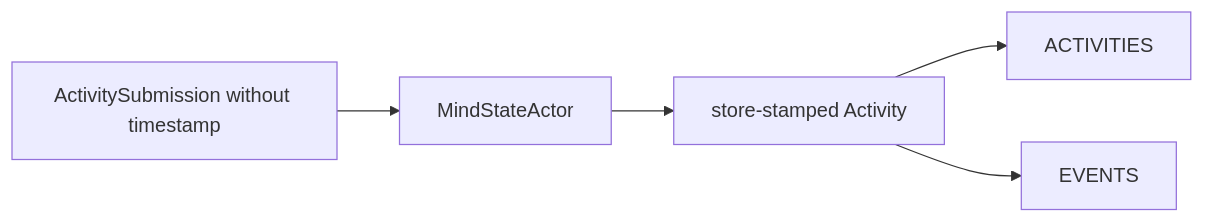
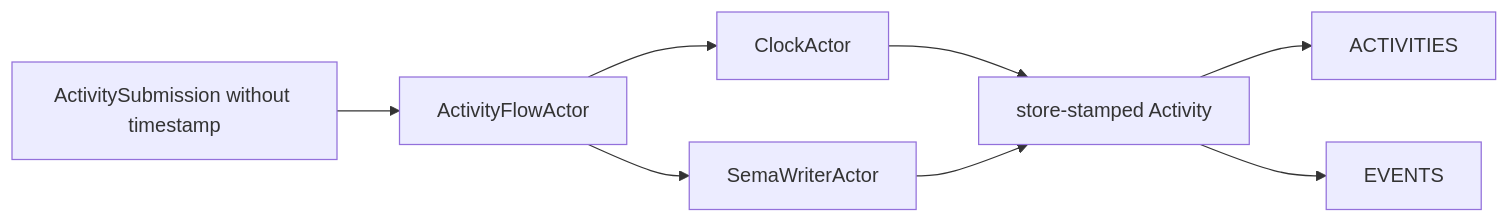
Before and after one commit to LiGoldragon/primary: diagram 17 of 24 in reports/operator/101-persona-mind-full-architecture-proposal.md, drawn with Mermaid. The commit also changed other lines of this file, not shown here.

Commit message:
expand persona-mind actor architecture visuals

````diff
--- a/reports/operator/101-persona-mind-full-architecture-proposal.md
+++ b/reports/operator/101-persona-mind-full-architecture-proposal.md
@@ -268,7 +587,10 @@
 ```mermaid
 flowchart LR
-    submitted["ActivitySubmission without timestamp"] --> state["MindStateActor"]
-    state --> stamped["store-stamped Activity"]
+    submitted["ActivitySubmission without timestamp"] --> flow["ActivityFlowActor"]
+    flow --> clock["ClockActor"]
+    flow --> writer["SemaWriterActor"]
+    clock --> stamped["store-stamped Activity"]
+    writer --> stamped
     stamped --> activities["ACTIVITIES"]
     stamped --> events["EVENTS"]
 ```
````
